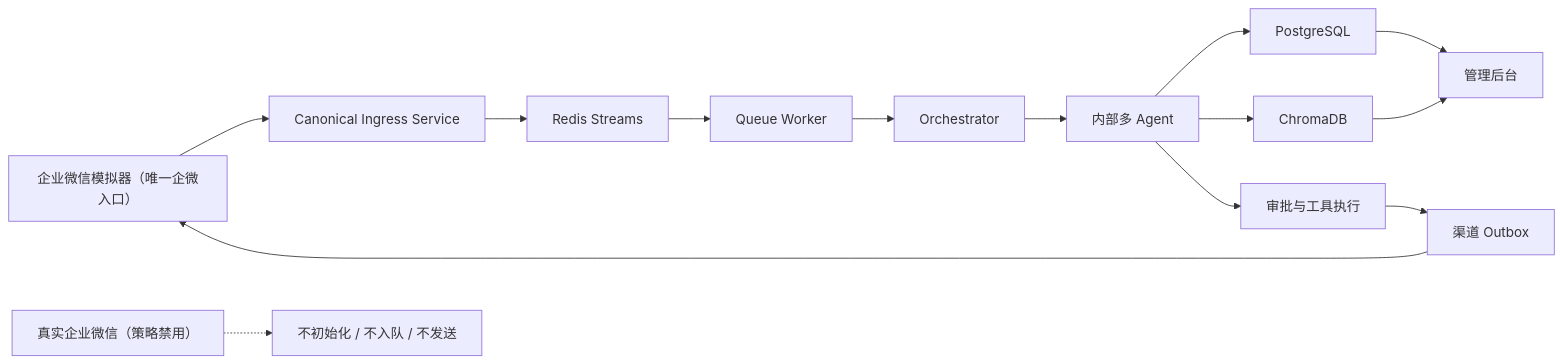
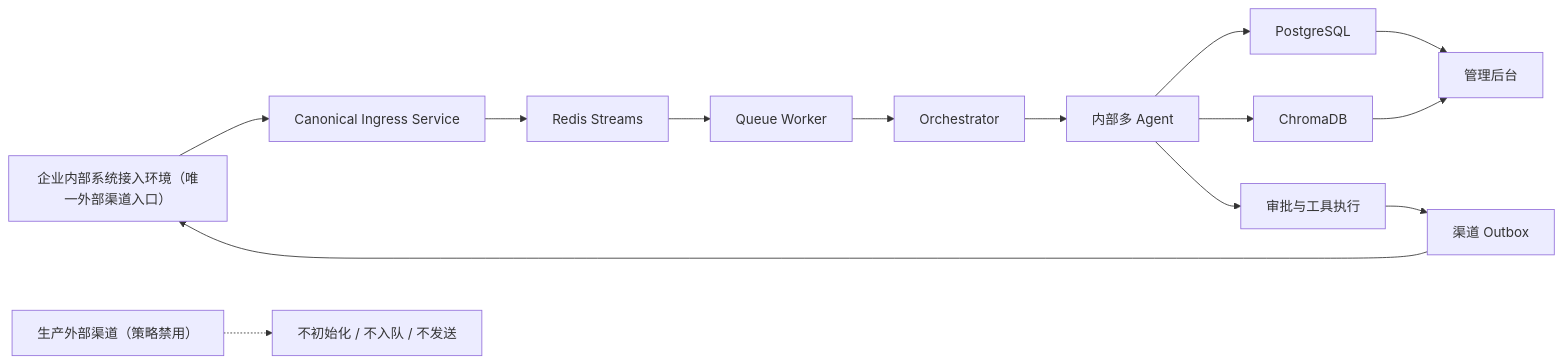
One commit to weiz98417-crypto/memory-palace-os changed the diagram in docs/product/unified-agent-demo-journey.md. Above: the diagram before and after it, drawn with Mermaid. The commit also changed other lines of this file and 30 other files, not shown here.

````diff
--- a/docs/product/unified-agent-demo-journey.md
+++ b/docs/product/unified-agent-demo-journey.md
@@ -72,16 +72,16 @@
 ```mermaid
 flowchart LR
-    A["企业微信模拟器（唯一企微入口）"] --> C["Canonical Ingress Service"]
-    X["真实企业微信（策略禁用）"] -.-> Y["不初始化 / 不入队 / 不发送"]
+    A["企业内部系统接入环境（唯一外部渠道入口）"] --> C["Canonical Ingress Service"]
+    X["生产外部渠道（策略禁用）"] -.-> Y["不初始化 / 不入队 / 不发送"]
     C --> D["Redis Streams"]
     D --> E["Queue Worker"]
     E --> F["Orchestrator"]
     F --> G["内部多 Agent"]
     G --> H["PostgreSQL"]
     G --> I["ChromaDB"]
     G --> J["审批与工具执行"]
     J --> K["渠道 Outbox"]
     K --> A
     H --> L["管理后台"]
     I --> L
 ```
````
